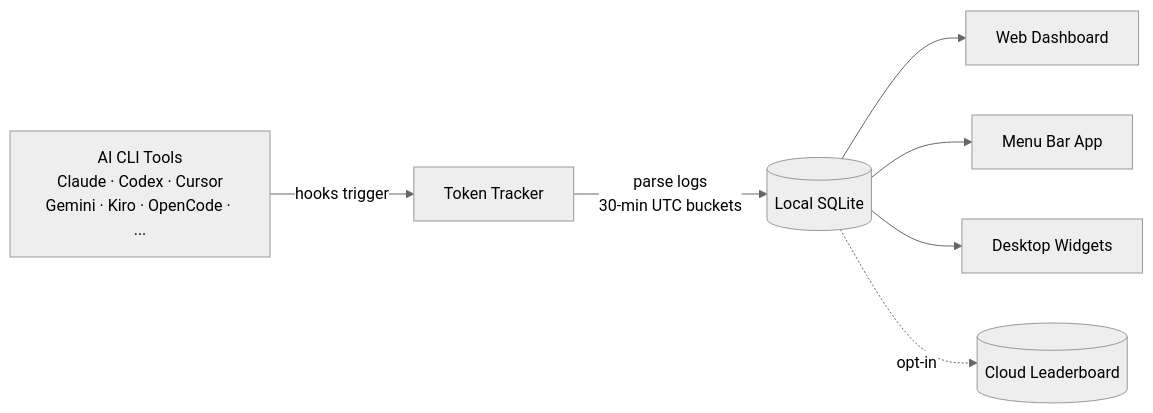
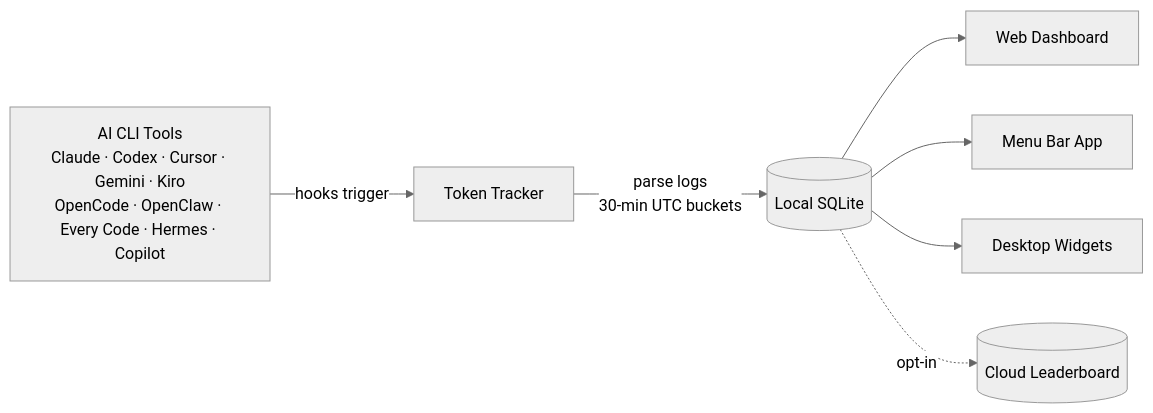
The diagram in README.md (mm7894215/TokenTracker), drawn with Mermaid (neutral theme) before and after one commit. The commit also changed other lines of this file and 11 other files, not shown here.

````diff
--- a/README.md
+++ b/README.md
@@ -161,10 +163,10 @@
 ```mermaid
 flowchart LR
-    A["AI CLI Tools<br/>Claude · Codex · Cursor<br/>Gemini · Kiro · OpenCode · ..."]
+    A["AI CLI Tools<br/>Claude · Codex · Cursor · Gemini · Kiro<br/>OpenCode · OpenClaw · Every Code · Hermes · Copilot"]
     A -->|hooks trigger| B[Token Tracker]
     B -->|parse logs<br/>30-min UTC buckets| C[(Local SQLite)]
     C --> D[Web Dashboard]
     C --> E[Menu Bar App]
     C --> F[Desktop Widgets]
     C -.->|opt-in| G[(Cloud Leaderboard)]
 ```
````
